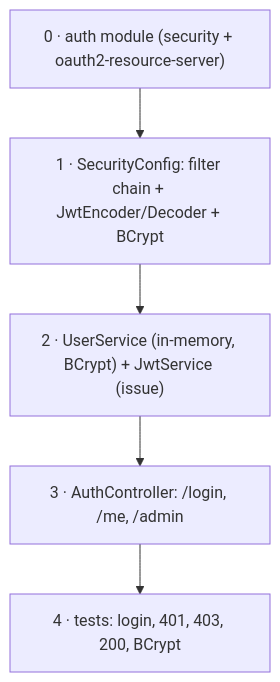
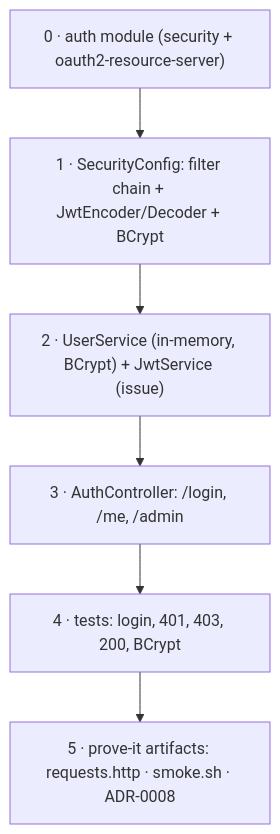
The fourth of 5 diagrams in steps/step-16/lesson.md (ramishtaha/build-a-bank), drawn with Mermaid before and after one commit. The commit also changed other lines of this file and 108 other files, not shown here.

````diff
--- a/steps/step-16/lesson.md
+++ b/steps/step-16/lesson.md
@@ -228,7 +286,8 @@
 ```mermaid
 flowchart TB
     a["0 · auth module (security + oauth2-resource-server)"] --> b["1 · SecurityConfig: filter chain + JwtEncoder/Decoder + BCrypt"]
     b --> c["2 · UserService (in-memory, BCrypt) + JwtService (issue)"]
     c --> d["3 · AuthController: /login, /me, /admin"]
     d --> e["4 · tests: login, 401, 403, 200, BCrypt"]
+    e --> f["5 · prove-it artifacts: requests.http · smoke.sh · ADR-0008"]
 ```
````
